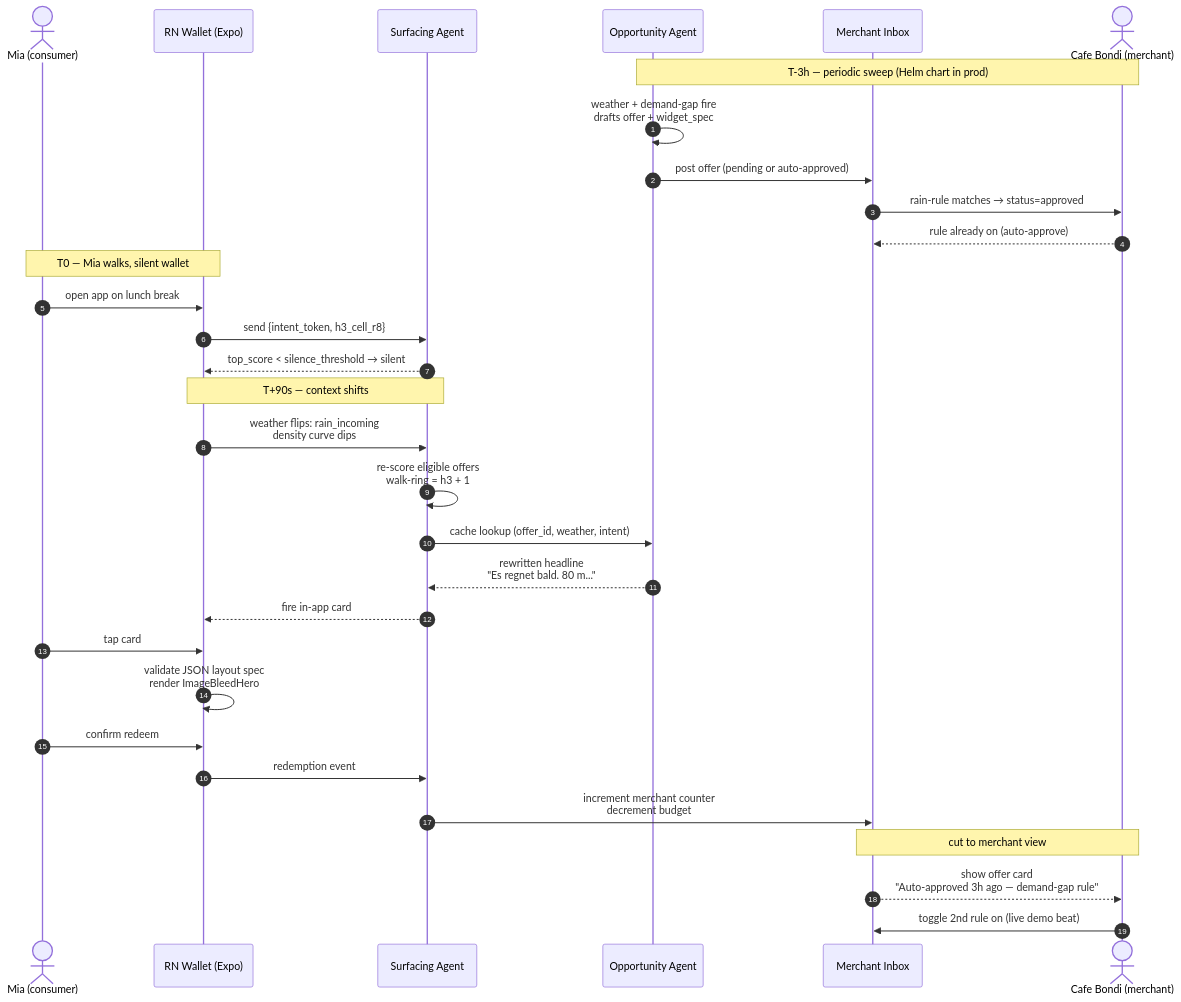
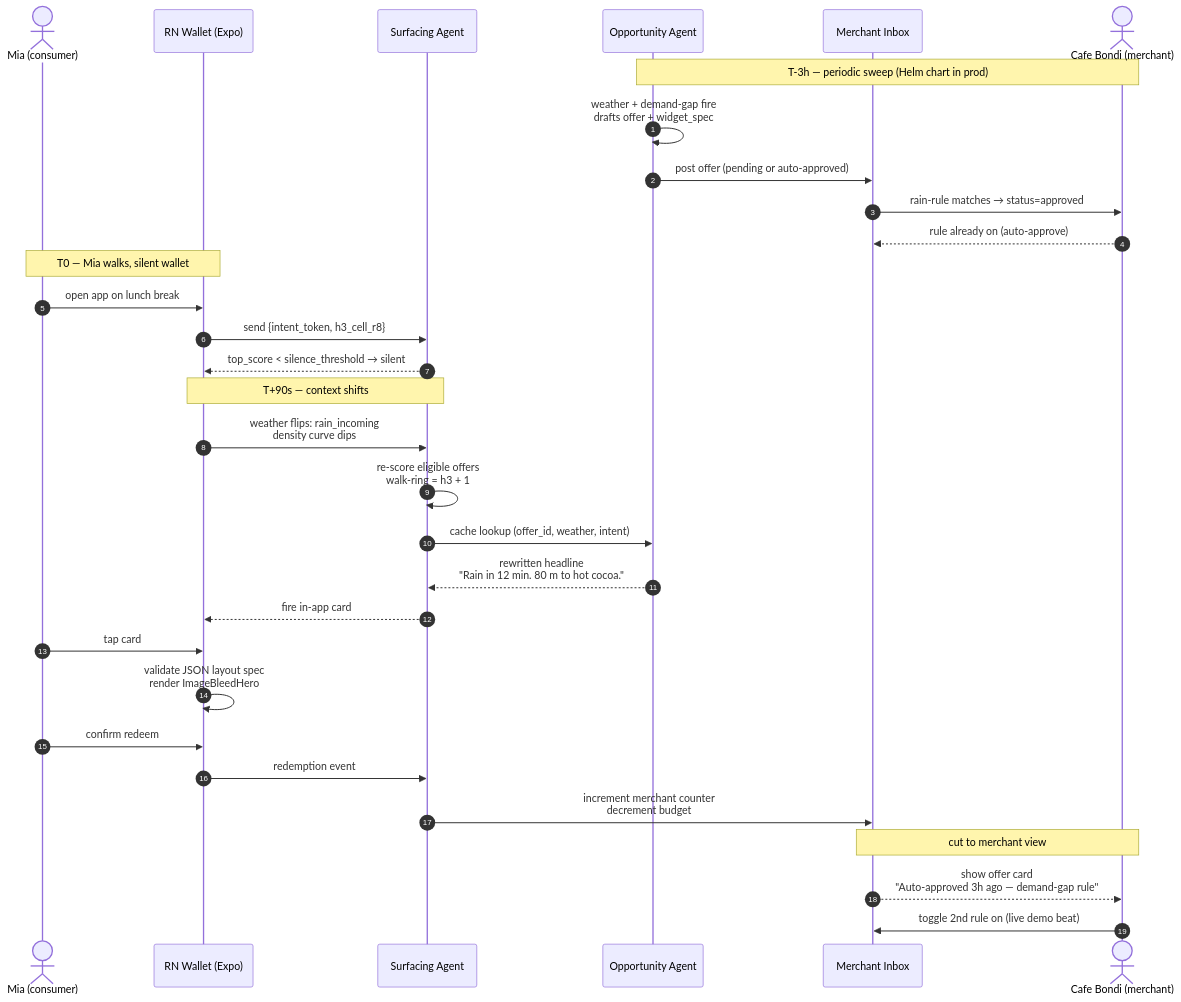
One commit to mmtftr/momentmarkt changed the second of 5 diagrams in assets/architecture-diagrams.md. Above: the diagram before and after it, drawn with Mermaid. The commit also changed 4 other files, not shown here.

First line of the commit message:
Docs: convert ASCII art to Mermaid + stale-tech sweep (#112)

````diff
--- a/assets/architecture-diagrams.md
+++ b/assets/architecture-diagrams.md
@@ -70,38 +70,38 @@
 ```mermaid
 sequenceDiagram
   autonumber
   actor Mia as Mia (consumer)
   participant RN as RN Wallet (Expo)
   participant SUR as Surfacing Agent
   participant OPP as Opportunity Agent
   participant INB as Merchant Inbox
   actor BON as Cafe Bondi (merchant)
 
   Note over OPP,BON: T-3h — periodic sweep (Helm chart in prod)
   OPP->>OPP: weather + demand-gap fire<br/>drafts offer + widget_spec
   OPP->>INB: post offer (pending or auto-approved)
   INB->>BON: rain-rule matches → status=approved
   BON-->>INB: rule already on (auto-approve)
 
   Note over Mia,RN: T0 — Mia walks, silent wallet
   Mia->>RN: open app on lunch break
   RN->>SUR: send {intent_token, h3_cell_r8}
   SUR-->>RN: top_score < silence_threshold → silent
 
   Note over RN,SUR: T+90s — context shifts
   RN->>SUR: weather flips: rain_incoming<br/>density curve dips
   SUR->>SUR: re-score eligible offers<br/>walk-ring = h3 + 1
   SUR->>OPP: cache lookup (offer_id, weather, intent)
-  OPP-->>SUR: rewritten headline<br/>"Es regnet bald. 80 m..."
+  OPP-->>SUR: rewritten headline<br/>"Rain in 12 min. 80 m to hot cocoa."
   SUR-->>RN: fire in-app card
 
   Mia->>RN: tap card
   RN->>RN: validate JSON layout spec<br/>render ImageBleedHero
   Mia->>RN: confirm redeem
   RN->>SUR: redemption event
   SUR->>INB: increment merchant counter<br/>decrement budget
 
   Note over INB,BON: cut to merchant view
   INB-->>BON: show offer card<br/>"Auto-approved 3h ago — demand-gap rule"
   BON->>INB: toggle 2nd rule on (live demo beat)
 ```
````
